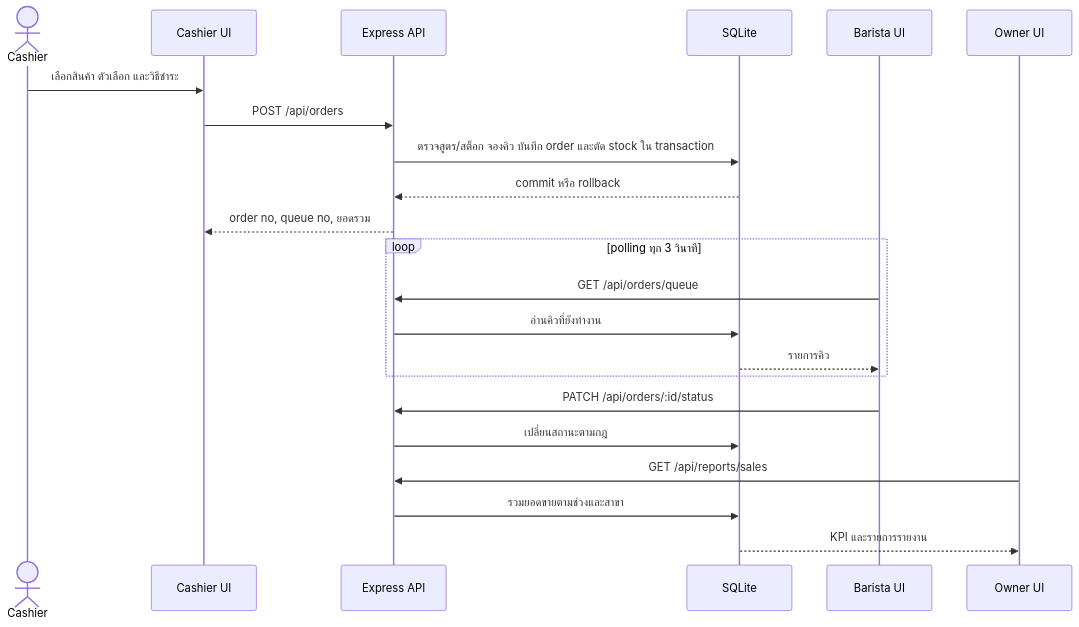
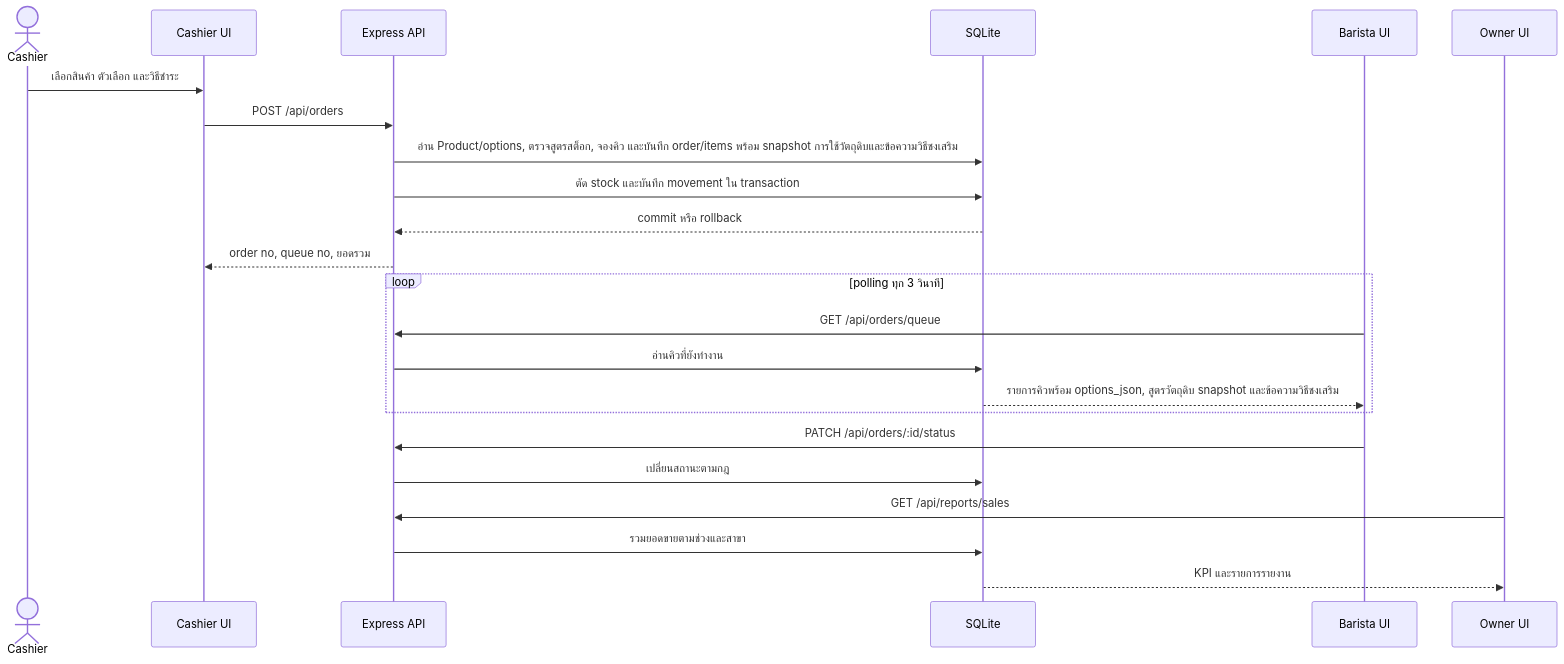
The second of 3 diagrams in docs/wk11-architecture.md (Wara197/khon-thai-ok-ma-bon-si-farang-ok-ma-bon-su-cafe-system), drawn with Mermaid before and after one commit. The commit also changed other lines of this file and 18 other files, not shown here.

Commit message:
docs: align wk15 report and diagrams with implementation

````diff
--- a/docs/wk11-architecture.md
+++ b/docs/wk11-architecture.md
@@ -61,24 +63,25 @@
 ```mermaid
 sequenceDiagram
   actor Cashier
   participant UI as Cashier UI
   participant API as Express API
   participant DB as SQLite
   participant Barista as Barista UI
   participant Owner as Owner UI
   Cashier->>UI: เลือกสินค้า ตัวเลือก และวิธีชำระ
   UI->>API: POST /api/orders
-  API->>DB: ตรวจสูตร/สต็อก จองคิว บันทึก order และตัด stock ใน transaction
+  API->>DB: อ่าน Product/options, ตรวจสูตรสต็อก, จองคิว และบันทึก order/items พร้อม snapshot การใช้วัตถุดิบและข้อความวิธีชงเสริม
+  API->>DB: ตัด stock และบันทึก movement ใน transaction
   DB-->>API: commit หรือ rollback
   API-->>UI: order no, queue no, ยอดรวม
   loop polling ทุก 3 วินาที
     Barista->>API: GET /api/orders/queue
     API->>DB: อ่านคิวที่ยังทำงาน
-    DB-->>Barista: รายการคิว
+    DB-->>Barista: รายการคิวพร้อม options_json, สูตรวัตถุดิบ snapshot และข้อความวิธีชงเสริม
   end
   Barista->>API: PATCH /api/orders/:id/status
   API->>DB: เปลี่ยนสถานะตามกฎ
   Owner->>API: GET /api/reports/sales
   API->>DB: รวมยอดขายตามช่วงและสาขา
   DB-->>Owner: KPI และรายการรายงาน
 ```
````
